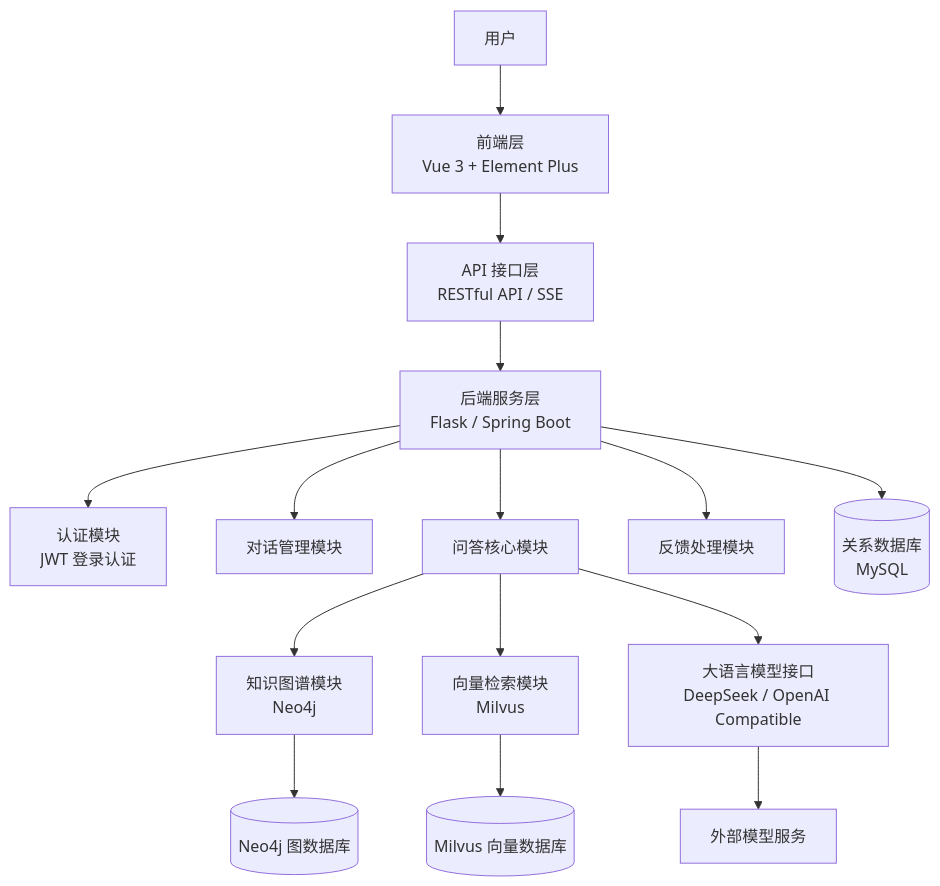
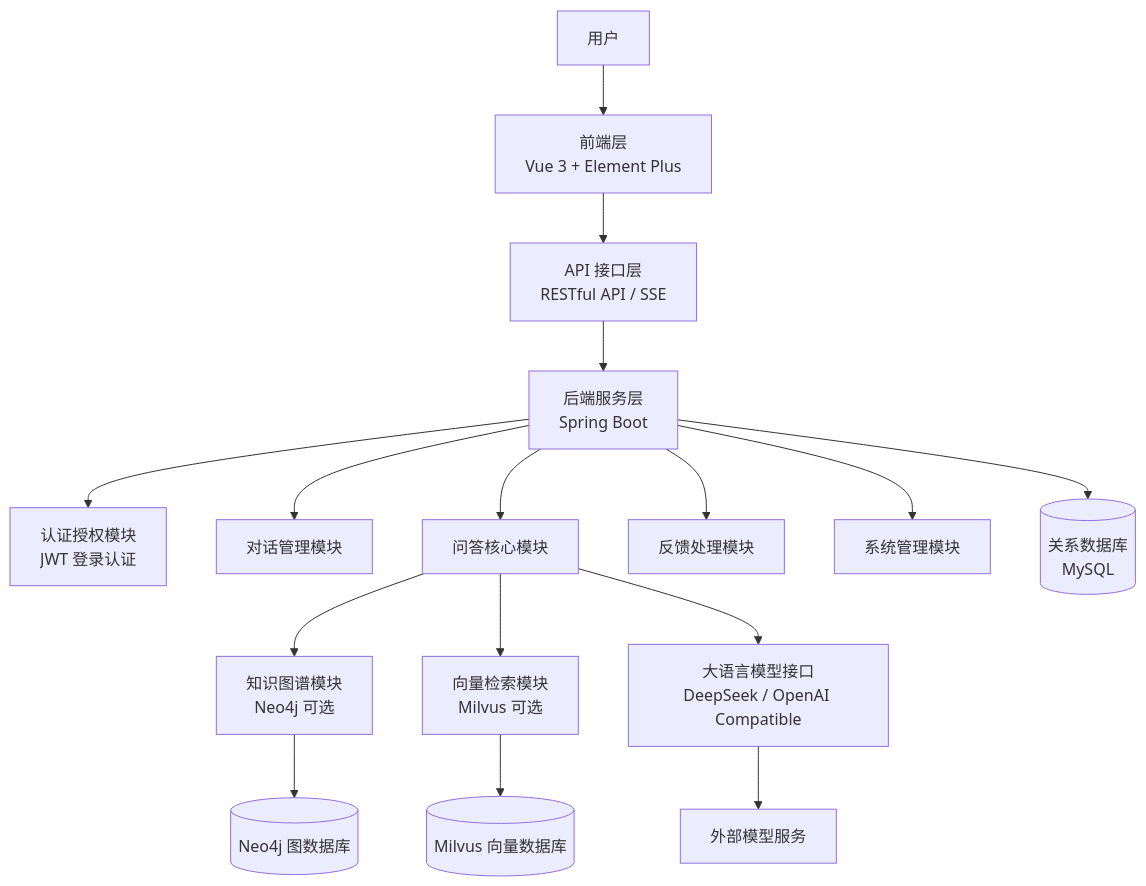
The second of 4 diagrams in documents/设计文档.md (BUCT-CS2301/QAsystem), drawn with Mermaid before and after one commit. The commit also changed other lines of this file, not shown here.

````diff
--- a/documents/设计文档.md
+++ b/documents/设计文档.md
@@ -58,23 +80,25 @@
 ```mermaid
 flowchart TB
     User[用户] --> Frontend[前端层<br/>Vue 3 + Element Plus]
 
     Frontend --> API[API 接口层<br/>RESTful API / SSE]
 
-    API --> Backend[后端服务层<br/>Flask / Spring Boot]
+    API --> Backend[后端服务层<br/>Spring Boot]
 
-    Backend --> Auth[认证模块<br/>JWT 登录认证]
+    Backend --> Auth[认证授权模块<br/>JWT 登录认证]
     Backend --> Chat[对话管理模块]
     Backend --> QA[问答核心模块]
     Backend --> Feedback[反馈处理模块]
+    Backend --> Admin[系统管理模块]
 
-    QA --> KG[知识图谱模块<br/>Neo4j]
-    QA --> Vector[向量检索模块<br/>Milvus]
+    QA --> KG[知识图谱模块<br/>Neo4j 可选]
+    QA --> Vector[向量检索模块<br/>Milvus 可选]
     QA --> LLM[大语言模型接口<br/>DeepSeek / OpenAI Compatible]
 
     Backend --> MySQL[(关系数据库<br/>MySQL)]
+
     KG --> Neo4j[(Neo4j 图数据库)]
     Vector --> Milvus[(Milvus 向量数据库)]
 
     LLM --> ModelService[外部模型服务]
 ```
````
